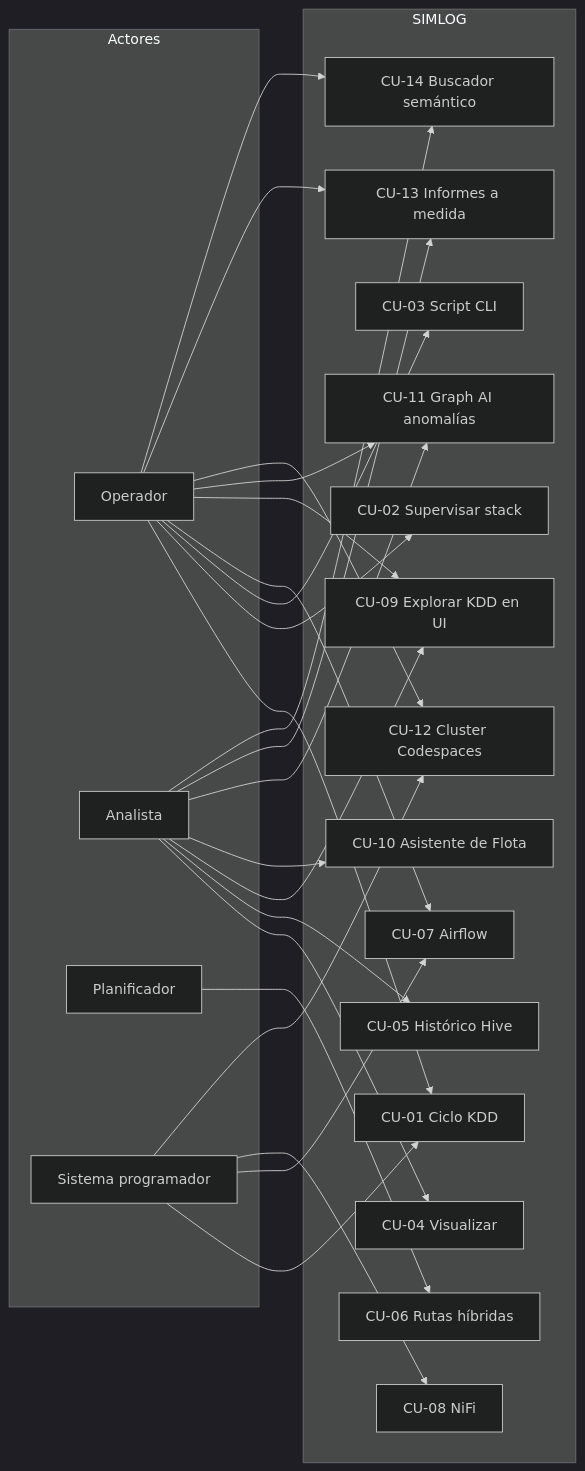
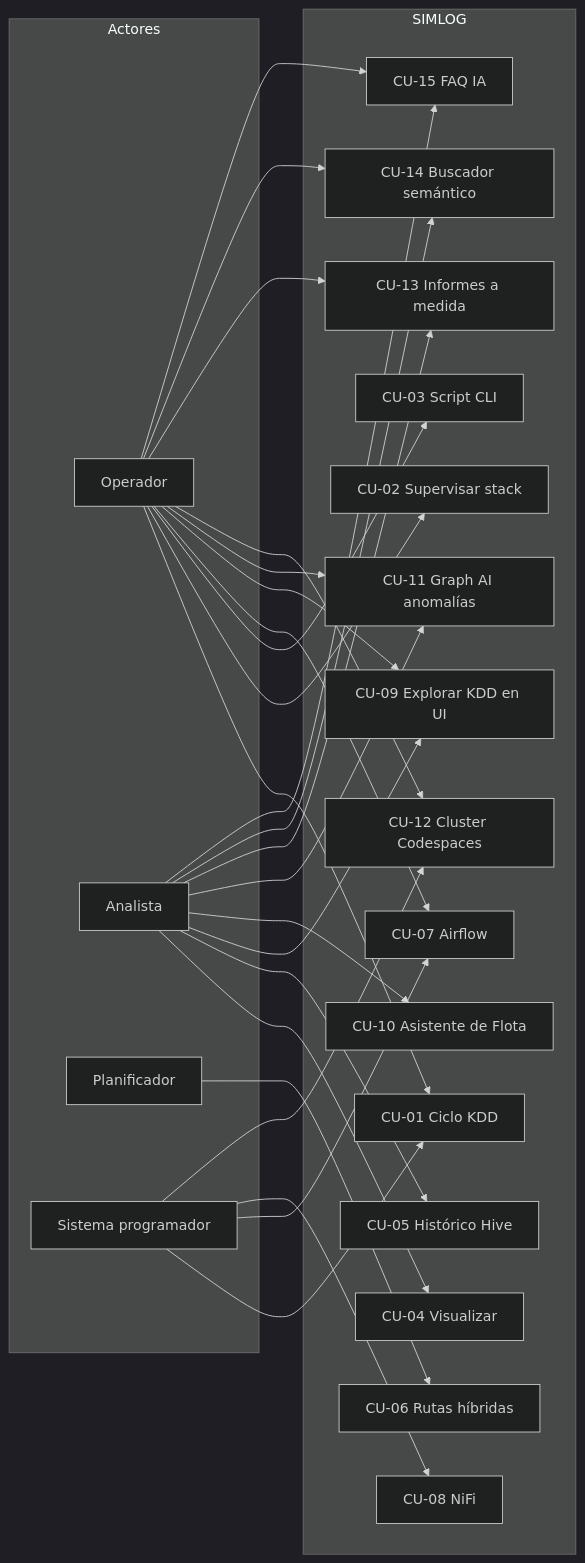
Before and after one commit to gracobjo/proyecto_transporte_global_standalone: the diagram in docs/CASOS_DE_USO.md, drawn with Mermaid (dark theme). The commit also changed other lines of this file and 18 other files, not shown here.

````diff
--- a/docs/CASOS_DE_USO.md
+++ b/docs/CASOS_DE_USO.md
@@ -119,46 +126,49 @@
 ```mermaid
 flowchart LR
   subgraph Actores
     OP[Operador]
     AN[Analista]
     PL[Planificador]
     PR[Sistema programador]
   end
   subgraph SIMLOG
     CU1[CU-01 Ciclo KDD]
     CU2[CU-02 Supervisar stack]
     CU3[CU-03 Script CLI]
     CU4[CU-04 Visualizar]
     CU5[CU-05 Histórico Hive]
     CU6[CU-06 Rutas híbridas]
     CU7[CU-07 Airflow]
     CU8[CU-08 NiFi]
     CU9[CU-09 Explorar KDD en UI]
     CU10[CU-10 Asistente de Flota]
     CU11[CU-11 Graph AI anomalías]
     CU12[CU-12 Cluster Codespaces]
     CU13[CU-13 Informes a medida]
     CU14[CU-14 Buscador semántico]
+    CU15[CU-15 FAQ IA]
   end
   OP --> CU1
   OP --> CU2
   OP --> CU3
   OP --> CU7
   OP --> CU9
   AN --> CU4
   AN --> CU5
   AN --> CU9
   AN --> CU10
   PL --> CU6
   PR --> CU1
   PR --> CU7
   PR --> CU8
   OP --> CU11
   AN --> CU11
   OP --> CU12
   PR --> CU12
   OP --> CU13
   AN --> CU13
   OP --> CU14
   AN --> CU14
+  OP --> CU15
+  AN --> CU15
 ```
````
